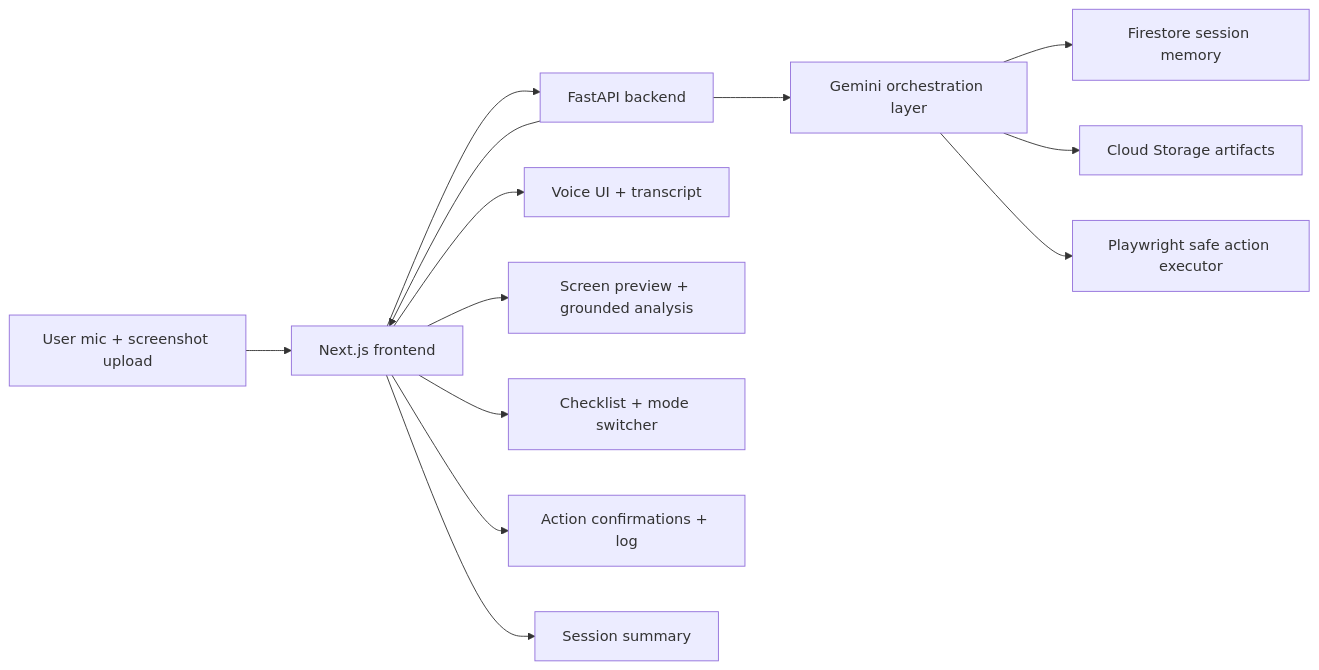
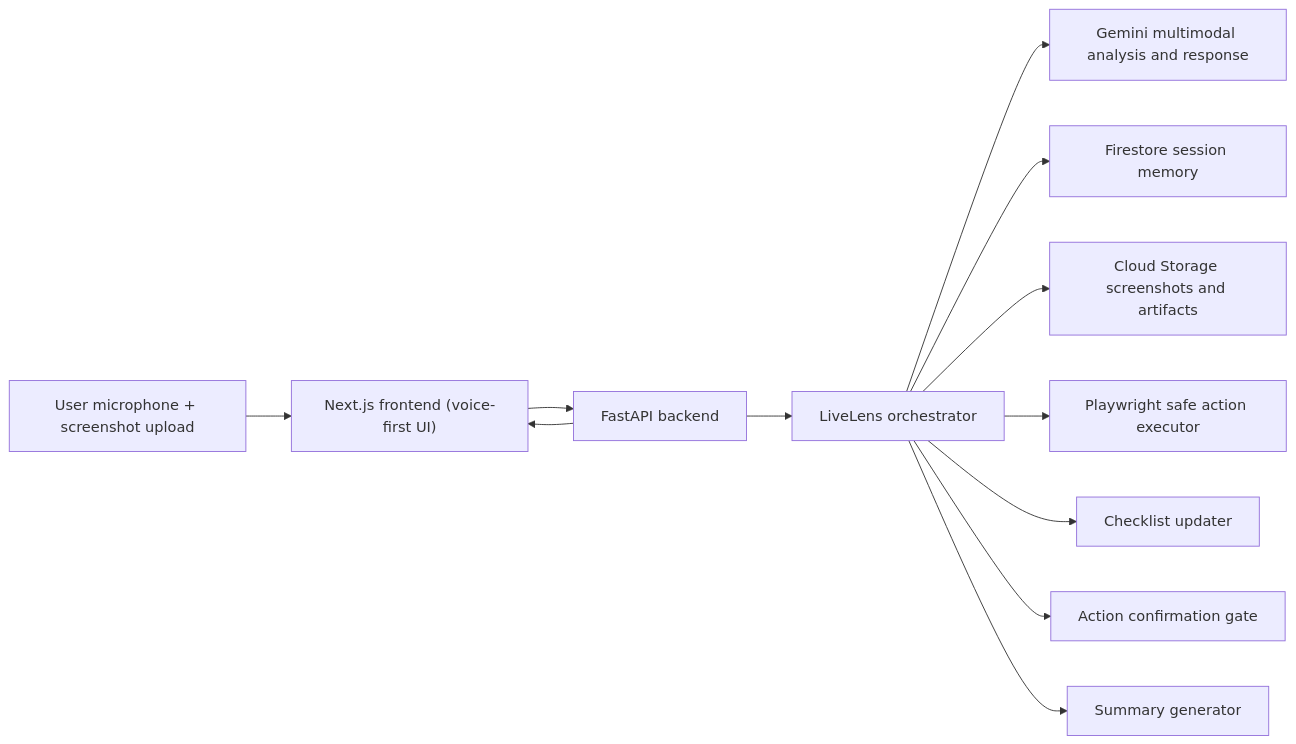
Before and after one commit to Amsan5941/Gemini-Live-Agent-Challenge: the diagram in livelens/docs/architecture.mmd, drawn with Mermaid. The commit also changed 14 other files, not shown here.

```diff
--- a/livelens/docs/architecture.mmd
+++ b/livelens/docs/architecture.mmd
@@ -1,14 +1,15 @@
 flowchart LR
-    A["User mic + screenshot upload"] --> B["Next.js frontend"]
+    A["User microphone + screenshot upload"] --> B["Next.js frontend (voice-first UI)"]
     B --> C["FastAPI backend"]
-    C --> D["Gemini orchestration layer"]
-    D --> E["Firestore session memory"]
-    D --> F["Cloud Storage artifacts"]
-    D --> G["Playwright safe action executor"]
+    C --> D["LiveLens orchestrator"]
+
+    D --> E["Gemini multimodal analysis and response"]
+    D --> F["Firestore session memory"]
+    D --> G["Cloud Storage screenshots and artifacts"]
+    D --> H["Playwright safe action executor"]
+
+    D --> I["Checklist updater"]
+    D --> J["Action confirmation gate"]
+    D --> K["Summary generator"]
+
     C --> B
-
-    B --> H["Voice UI + transcript"]
-    B --> I["Screen preview + grounded analysis"]
-    B --> J["Checklist + mode switcher"]
-    B --> K["Action confirmations + log"]
-    B --> L["Session summary"]
```
